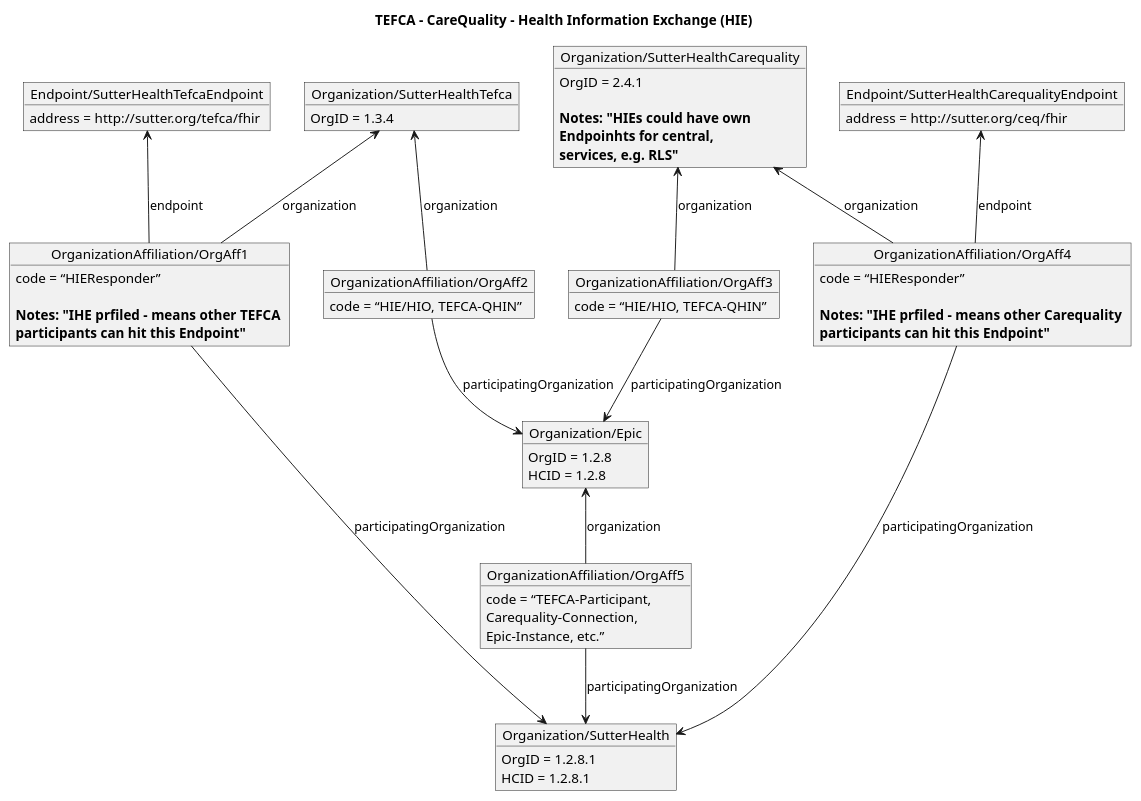
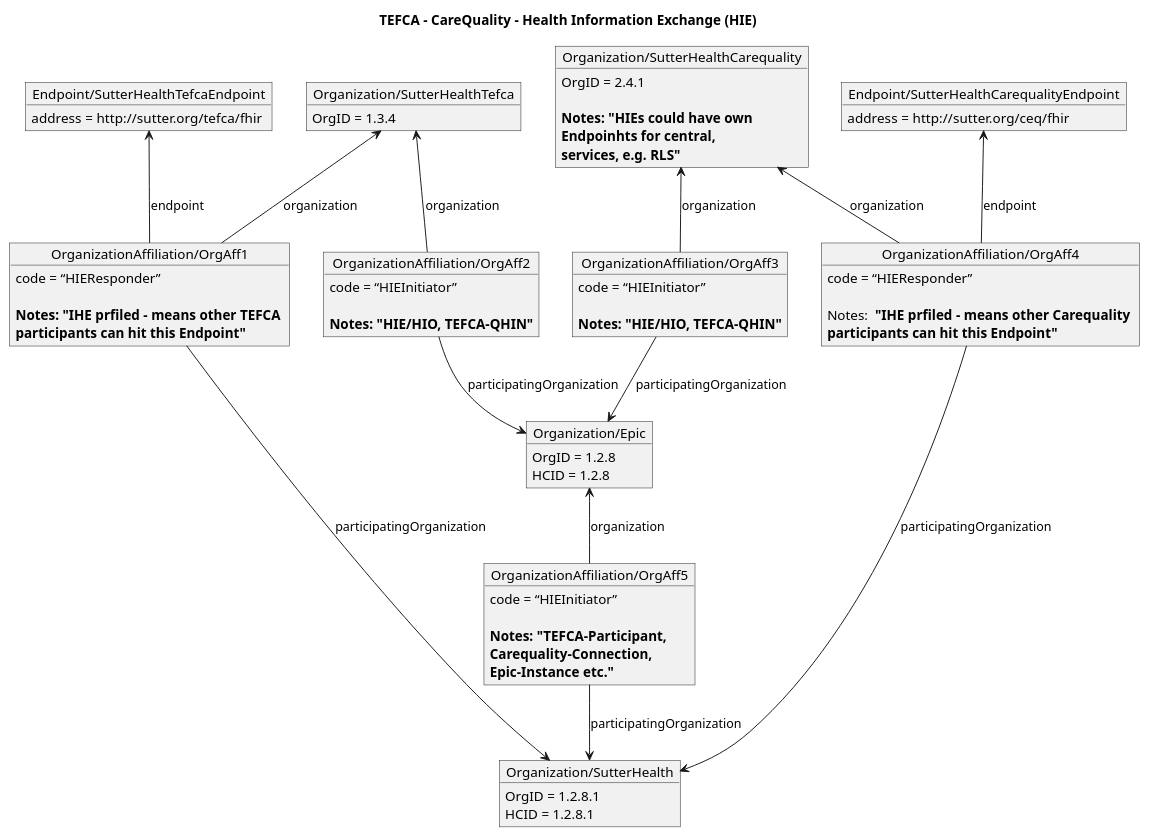
The diagram in input/images-source/OrganizationAffiliationIHE4.plantuml (HL7/fhir-us-ndh), drawn with PlantUML before and after one commit. The commit also changed 4 other files, not shown here.

```diff
--- a/input/images-source/OrganizationAffiliationIHE4.plantuml
+++ b/input/images-source/OrganizationAffiliationIHE4.plantuml
@@ -1,56 +1,59 @@
 @startuml 
 
 title "TEFCA - CareQuality - Health Information Exchange (HIE)"
 object "Organization/SutterHealthTefca" as tefca
 tefca : OrgID = 1.3.4
 
 object "Endpoint/SutterHealthTefcaEndpoint" as tefcaEp
 tefcaEp : address = http://sutter.org/tefca/fhir
 
 object "Organization/SutterHealthCarequality" as carequality
 carequality : OrgID = 2.4.1\n
 carequality : <b>Notes: "HIEs could have own \n<b>Endpoinhts for central, \n<b>services, e.g. RLS"
 
 object "Endpoint/SutterHealthCarequalityEndpoint" as carequalityEp
 carequalityEp : address = http://sutter.org/ceq/fhir
 
 object "Organization/SutterHealth" as sutter
 sutter : OrgID = 1.2.8.1
 sutter : HCID = 1.2.8.1
 
 object "OrganizationAffiliation/OrgAff1" as OrgAff1
 OrgAff1 : code = “HIEResponder” \n
 OrgAff1 : <b>Notes: "IHE prfiled - means other TEFCA \n<b>participants can hit this Endpoint"
 OrgAff1 -down-> sutter : participatingOrganization
 OrgAff1 -up-> tefca : organization
 OrgAff1 -up-> tefcaEp : endpoint
 
 object "OrganizationAffiliation/OrgAff2" as OrgAff2
-OrgAff2 : code = “HIE/HIO, TEFCA-QHIN”
+OrgAff2 : code = “HIEInitiator”\n
+OrgAff2 : <b>Notes: "HIE/HIO, TEFCA-QHIN"</b>
 OrgAff2 -up-> tefca : organization
 
 
 object "Organization/Epic" as epic 
 epic : OrgID = 1.2.8
 epic : HCID = 1.2.8
 OrgAff2 -down-> epic : participatingOrganization
 
 object "OrganizationAffiliation/OrgAff3" as OrgAff3
-OrgAff3 : code = “HIE/HIO, TEFCA-QHIN”
+OrgAff3 : code = “HIEInitiator”\n
+OrgAff3 : <b>Notes: "HIE/HIO, TEFCA-QHIN"</b>
 OrgAff3 -down-> epic : participatingOrganization
 OrgAff3 -up-> carequality : organization
 
 object "OrganizationAffiliation/OrgAff4" as OrgAff4
 OrgAff4 : code = “HIEResponder”\n
-OrgAff4 : <b>Notes: "IHE prfiled - means other Carequality \n<b>participants can hit this Endpoint"
+OrgAff4 : Notes: <b> "IHE prfiled - means other Carequality \n<b>participants can hit this Endpoint"
 OrgAff4 -down-> sutter : participatingOrganization
 OrgAff4 -up-> carequality : organization
 OrgAff4 -up-> carequalityEp : endpoint
 
 object "OrganizationAffiliation/OrgAff5" as OrgAff5
-OrgAff5 : code = “TEFCA-Participant,\nCarequality-Connection,\nEpic-Instance, etc.”
+OrgAff5 : code = “HIEInitiator”\n
+OrgAff5 : <b>Notes: "TEFCA-Participant, \n<b>Carequality-Connection, \n<b>Epic-Instance etc."
 OrgAff5 -up-> epic : organization
 OrgAff5 -down-> sutter : participatingOrganization
 
 
 @enduml
```
